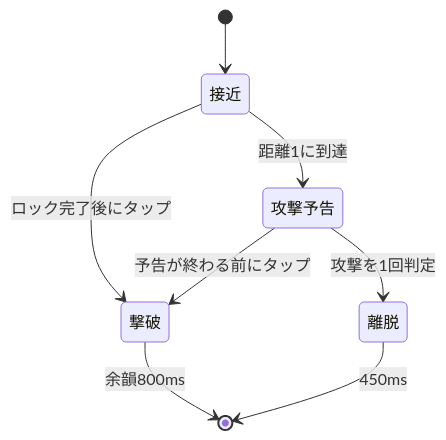
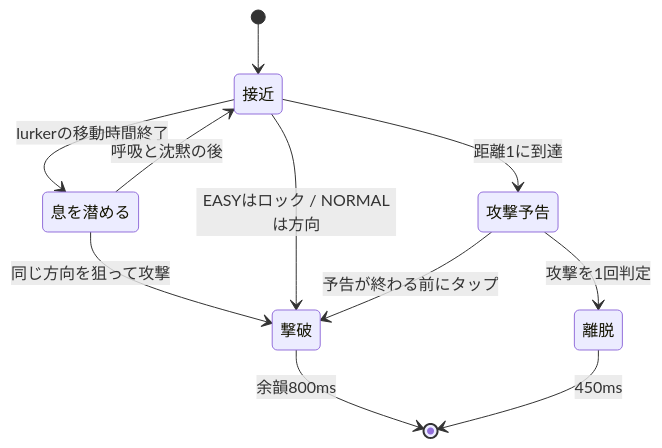
Before and after one commit to mijumaru310/echo-hunt: the first of 2 diagrams in docs/COMBAT_DESIGN.md, drawn with Mermaid. The commit also changed other lines of this file and 32 other files, not shown here.

````diff
--- a/docs/COMBAT_DESIGN.md
+++ b/docs/COMBAT_DESIGN.md
@@ -37,10 +55,13 @@
 ```mermaid
 stateDiagram-v2
     [*] --> 接近
     接近 --> 攻撃予告: 距離1に到達
-    接近 --> 撃破: ロック完了後にタップ
+    接近 --> 息を潜める: lurkerの移動時間終了
+    息を潜める --> 接近: 呼吸と沈黙の後
+    息を潜める --> 撃破: 同じ方向を狙って攻撃
+    接近 --> 撃破: EASYはロック / NORMALは方向
     攻撃予告 --> 撃破: 予告が終わる前にタップ
     攻撃予告 --> 離脱: 攻撃を1回判定
     撃破 --> [*]: 余韻800ms
     離脱 --> [*]: 450ms
 ```
````
